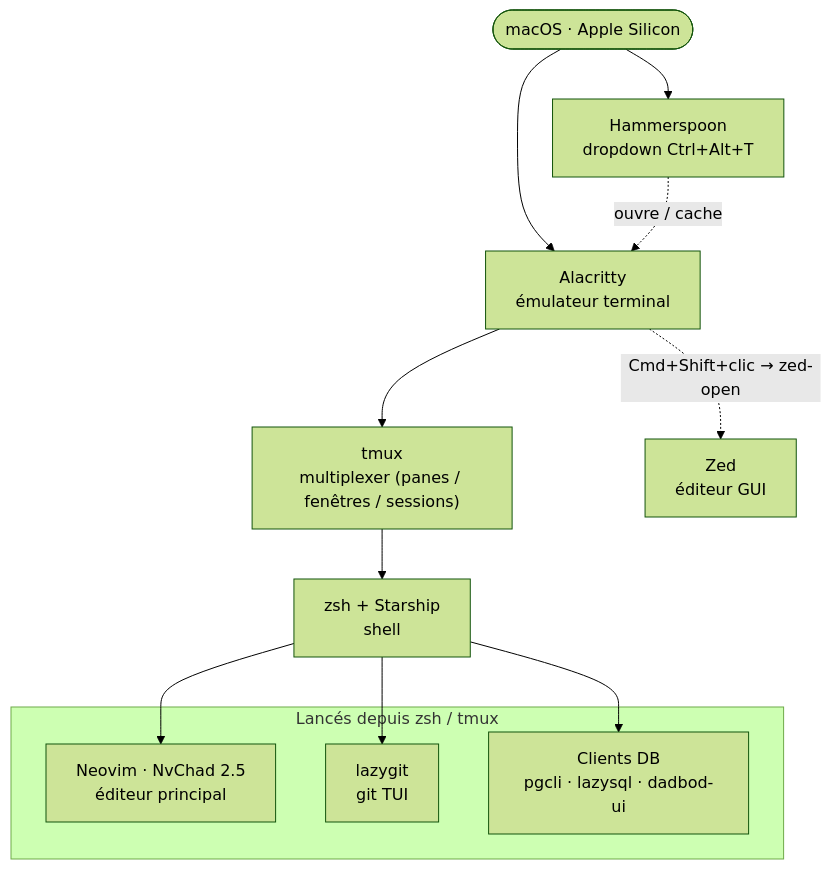
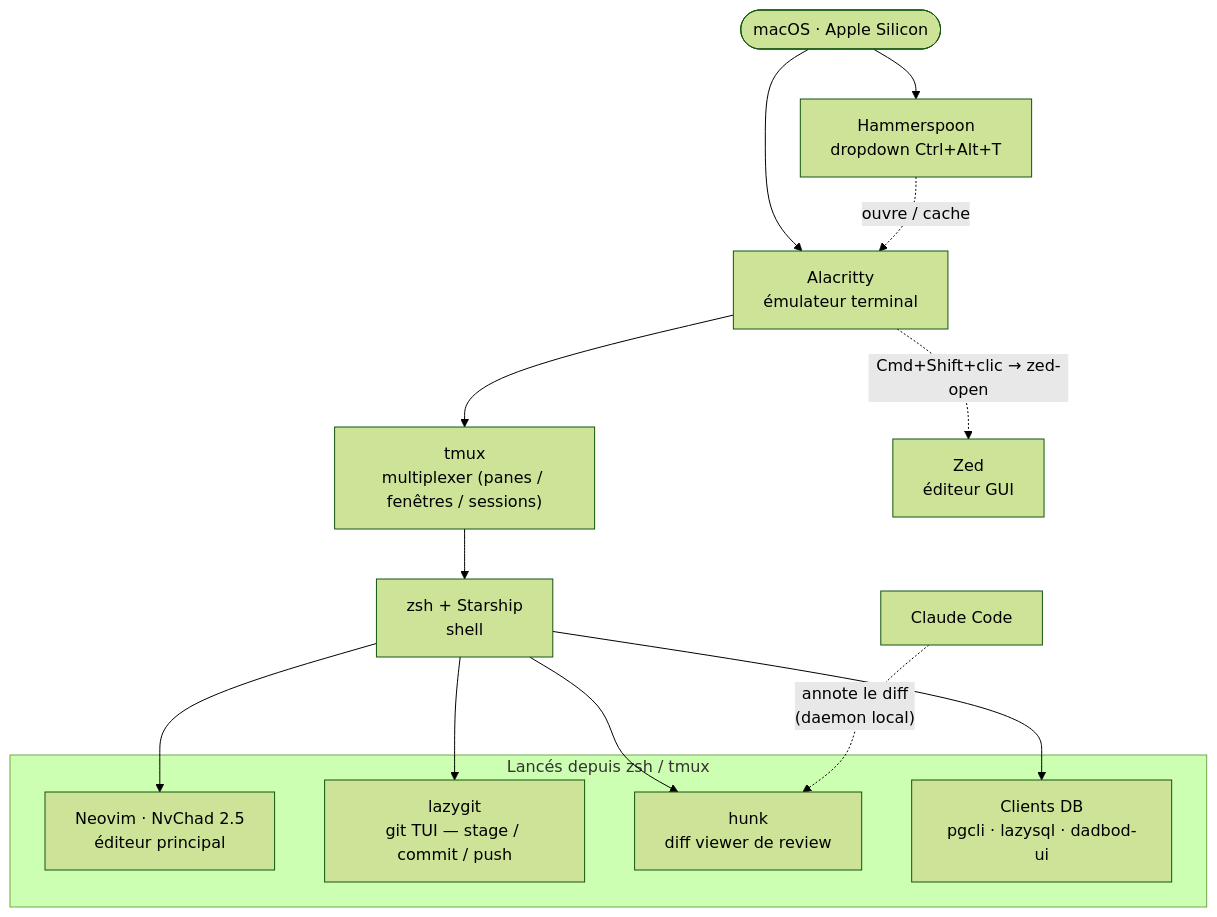
One commit to Skayfa/dotfiles changed the first of 6 diagrams in ARCHITECTURE.md. Above: the diagram before and after it, drawn with Mermaid (forest theme). The commit also changed other lines of this file and 4 other files, not shown here.

````diff
--- a/ARCHITECTURE.md
+++ b/ARCHITECTURE.md
@@ -11,25 +11,28 @@
 ```mermaid
 flowchart TD
     OS(["macOS · Apple Silicon"])
     HS["Hammerspoon<br/>dropdown Ctrl+Alt+T"]
     ALA["Alacritty<br/>émulateur terminal"]
     TMUX["tmux<br/>multiplexer (panes / fenêtres / sessions)"]
     ZSH["zsh + Starship<br/>shell"]
     ZED["Zed<br/>éditeur GUI"]
 
     OS --> ALA
     OS --> HS
     HS -. "ouvre / cache" .-> ALA
     ALA --> TMUX
     TMUX --> ZSH
     ALA -. "Cmd+Shift+clic → zed-open" .-> ZED
 
     subgraph lanc["Lancés depuis zsh / tmux"]
         NVIM["Neovim · NvChad 2.5<br/>éditeur principal"]
-        LG["lazygit<br/>git TUI"]
+        LG["lazygit<br/>git TUI — stage / commit / push"]
+        HK["hunk<br/>diff viewer de review"]
         DBC["Clients DB<br/>pgcli · lazysql · dadbod-ui"]
     end
     ZSH --> NVIM
     ZSH --> LG
+    ZSH --> HK
     ZSH --> DBC
+    CLAUDE["Claude Code"] -. "annote le diff<br/>(daemon local)" .-> HK
 ```
````
